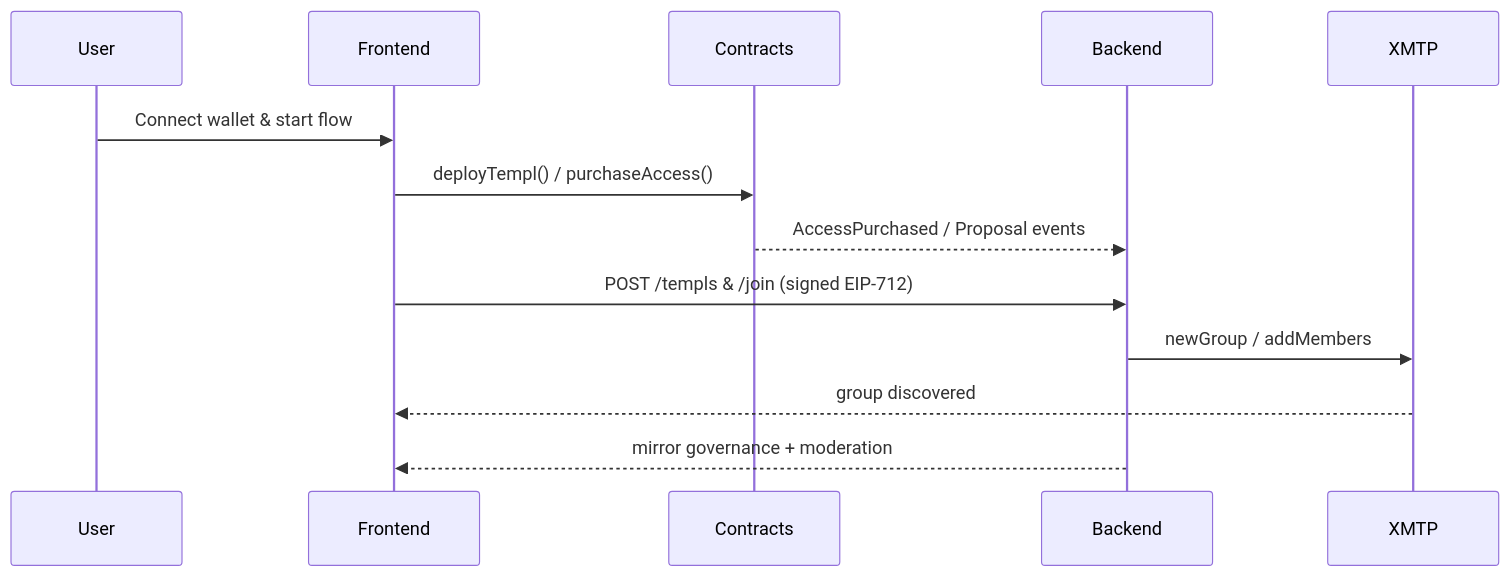
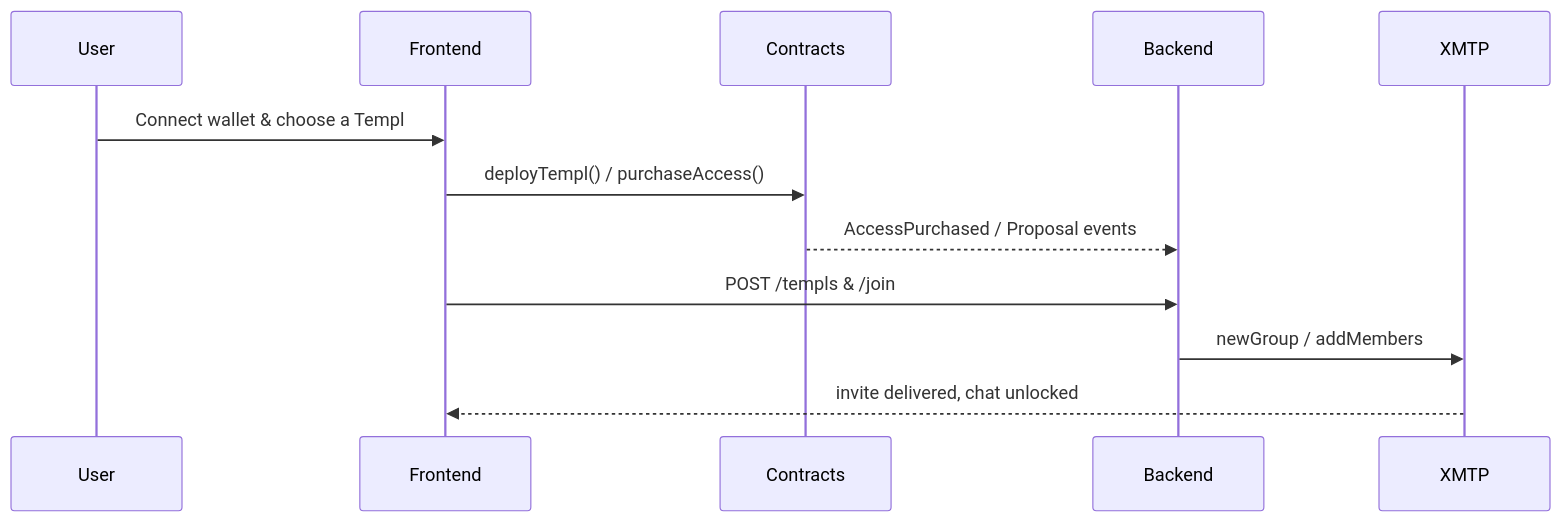
One commit to templ-fun/evm-protocol changed the diagram in README.md. Above: the diagram before and after it, drawn with Mermaid. The commit also changed other lines of this file and 9 other files, not shown here.

````diff
--- a/README.md
+++ b/README.md
@@ -50,15 +83,14 @@
 ```mermaid
 sequenceDiagram
     participant User
     participant Frontend
     participant Contracts
     participant Backend
     participant XMTP
-    User->>Frontend: Connect wallet & start flow
+    User->>Frontend: Connect wallet & choose a Templ
     Frontend->>Contracts: deployTempl() / purchaseAccess()
     Contracts-->>Backend: AccessPurchased / Proposal events
-    Frontend->>Backend: POST /templs & /join (signed EIP-712)
+    Frontend->>Backend: POST /templs & /join
     Backend->>XMTP: newGroup / addMembers
-    XMTP-->>Frontend: group discovered
-    Backend-->>Frontend: mirror governance + moderation
+    XMTP-->>Frontend: invite delivered, chat unlocked
 ```
````
